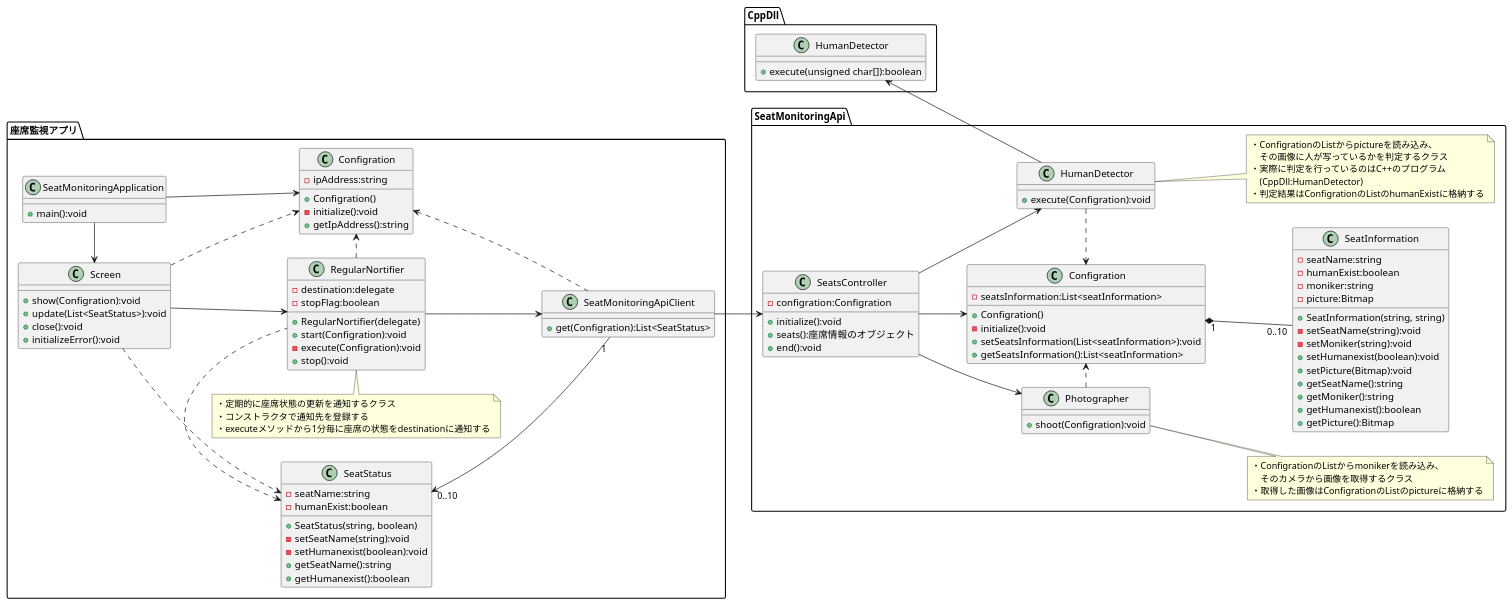
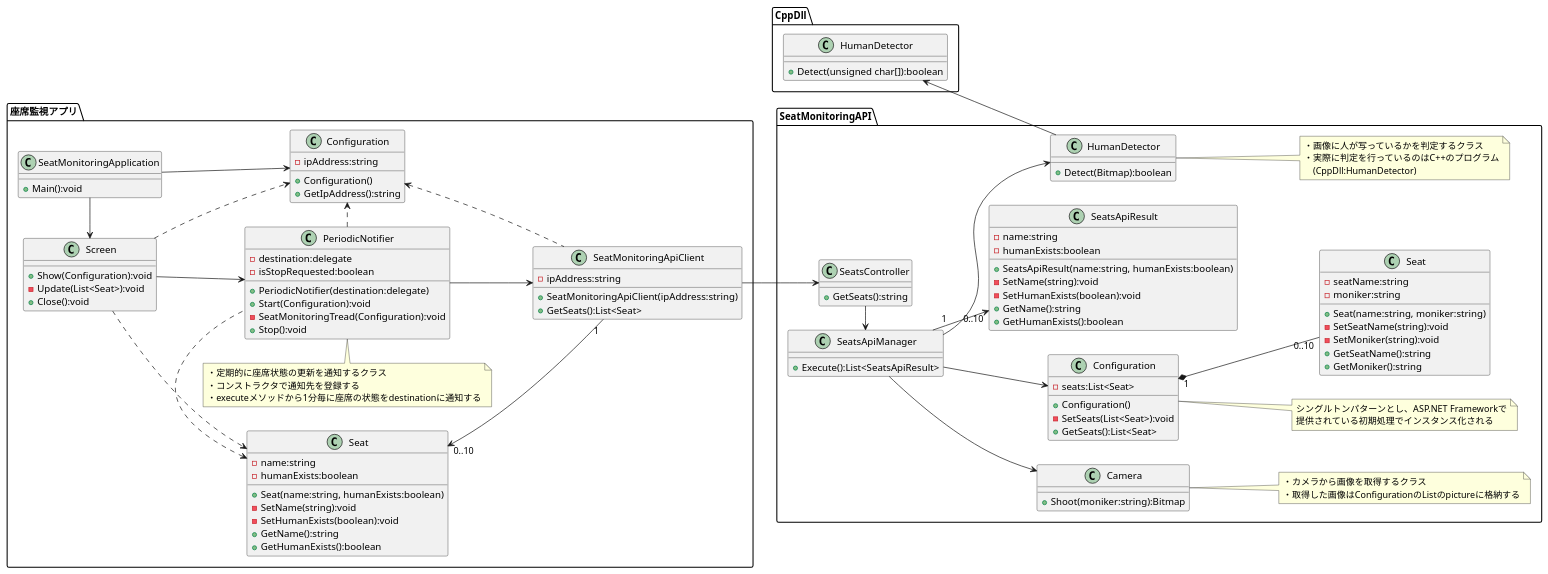
Before and after one commit to KeisukeSugita/Seat-monitoring-system: the diagram in doc/詳細設計/構成図(.pu)/クラス図.pu, drawn with PlantUML. The commit also changed 5 other files, not shown here.

```diff
--- a/doc/詳細設計/構成図(.pu)/クラス図.pu
+++ b/doc/詳細設計/構成図(.pu)/クラス図.pu
@@ -1,130 +1,137 @@
 @startuml クラス図
 left to right direction
 
 package 座席監視アプリ {
-    class "SeatMonitoringApplication" as SeatMonitoringApplication {
-        + main():void
+    class SeatMonitoringApplication {
+        + Main():void
     }
 
-    class "Configration" as ClientConfigration {
-		- ipAddress:string
-        + Configration()
-        - initialize():void
-        + getIpAddress():string
+    class "Configuration" as ClientConfiguration {
+		'hostnameとかendpointとか
+        - ipAddress:string 
+        + Configuration()
+        + GetIpAddress():string
     }
 
-	class "Screen" as Screen {
-        + show(Configration):void
-        + update(List<SeatStatus>):void
-		+ close():void
-        + initializeError():void
+	class Screen {
+        + Show(Configuration):void
+        - Update(List<Seat>):void
+		+ Close():void
     }
 
-    class "SeatMonitoringApiClient" as SeatMonitoringApiClient {
-        + get(Configration):List<SeatStatus>
+    class SeatMonitoringApiClient {
+        - ipAddress:string
+        + SeatMonitoringApiClient(ipAddress:string)
+        + GetSeats():List<Seat>
     }
 
-    class "RegularNortifier" as RegularNortifier {
+    class PeriodicNotifier {
         - destination:delegate
-        - stopFlag:boolean
-        + RegularNortifier(delegate)
-        + start(Configration):void
-        - execute(Configration):void
-        + stop():void
+        - isStopRequested:boolean
+        + PeriodicNotifier(destination:delegate)
+        + Start(Configuration):void
+        - SeatMonitoringTread(Configuration):void
+        + Stop():void
     }
-        note top of RegularNortifier
-            ・定期的に座席状態の更新を通知するクラス
-            ・コンストラクタで通知先を登録する
-            ・executeメソッドから1分毎に座席の状態をdestinationに通知する
-        end note
+    note top of PeriodicNotifier
+        ・定期的に座席状態の更新を通知するクラス
+        ・コンストラクタで通知先を登録する
+        ・executeメソッドから1分毎に座席の状態をdestinationに通知する
+    end note
 
-    class "SeatStatus" as SeatStatus {
-        - seatName:string
-        - humanExist:boolean
-        + SeatStatus(string, boolean)
-        - setSeatName(string):void
-        - setHumanexist(boolean):void
-        + getSeatName():string
-        + getHumanexist():boolean
+    class "Seat" as ClientSeat {
+        - name:string
+        - humanExists:boolean
+        + Seat(name:string, humanExists:boolean)
+        - SetName(string):void
+        - SetHumanExists(boolean):void
+        + GetName():string
+        + GetHumanExists():boolean
     }
 }
 
-package SeatMonitoringApi {
-    class "SeatsController" as SeatsController {
-        - configration:Configration
-        + initialize():void
-        + seats():座席情報のオブジェクト
-        + end():void
+package SeatMonitoringAPI {
+	class SeatsController {
+        + GetSeats():string
+    }
+
+    class SeatsApiManager {
+        + Execute():List<SeatsApiResult>
     }
     
-    class "Configration" as ServerConfigration {
-        - seatsInformation:List<seatInformation>
-        + Configration()
-        - initialize():void
-        + setSeatsInformation(List<seatInformation>):void
-        + getSeatsInformation():List<seatInformation>
+    class "Configuration" as ServerConfiguration {
+        - seats:List<Seat>
+        + Configuration()
+        - SetSeats(List<Seat>):void
+        + GetSeats():List<Seat>
+    }
+	note right of ServerConfiguration
+		シングルトンパターンとし、ASP.NET Frameworkで
+		提供されている初期処理でインスタンス化される
+	end note
+
+    'Cameraでよくない?
+    class Camera {
+        + Shoot(moniker:string):Bitmap
+    }
+    note right of Camera
+        ・カメラから画像を取得するクラス
+        ・取得した画像はConfigurationのListのpictureに格納する
+    end note
+    
+    class "HumanDetector" as CsHumanDetector {
+        + Detect(Bitmap):boolean
+    }
+    note right of CsHumanDetector
+        ・画像に人が写っているかを判定するクラス
+        ・実際に判定を行っているのはC++のプログラム
+        　(CppDll:HumanDetector)
+    end note
+
+    class "Seat" as ServerSeat {
+        - seatName:string
+        - moniker:string
+        + Seat(name:string, moniker:string)
+        - SetSeatName(string):void
+        - SetMoniker(string):void
+        + GetSeatName():string
+        + GetMoniker():string
     }
 
-    class "Photographer" as Photographer {
-        + shoot(Configration):void
+    class SeatsApiResult {
+        - name:string
+        - humanExists:boolean
+        + SeatsApiResult(name:string, humanExists:boolean)
+        - SetName(string):void
+        - SetHumanExists(boolean):void
+        + GetName():string
+        + GetHumanExists():boolean
     }
-        note right of Photographer
-            ・ConfigrationのListからmonikerを読み込み、
-            　そのカメラから画像を取得するクラス
-            ・取得した画像はConfigrationのListのpictureに格納する
-        end note
-    
-    class "SeatInformation" as SeatInformation {
-        - seatName:string
-        - humanExist:boolean
-        - moniker:string
-        - picture:Bitmap
-        + SeatInformation(string, string)
-        - setSeatName(string):void
-        - setMoniker(string):void
-        + setHumanexist(boolean):void
-        + setPicture(Bitmap):void
-        + getSeatName():string
-        + getMoniker():string
-        + getHumanexist():boolean
-        + getPicture():Bitmap
-    }
-    
-    class "HumanDetector" as CsHumanDetector {
-        + execute(Configration):void
-    }
-        note right of CsHumanDetector
-            ・ConfigrationのListからpictureを読み込み、
-            　その画像に人が写っているかを判定するクラス
-            ・実際に判定を行っているのはC++のプログラム
-            　(CppDll:HumanDetector)
-            ・判定結果はConfigrationのListのhumanExistに格納する
-        end note
 }
 
 package CppDll {
     class "HumanDetector" as CppHumanDetector {
-        + execute(unsigned char[]):boolean
+        + Detect(unsigned char[]):boolean
     }
 }
 
-SeatMonitoringApplication -> ClientConfigration
+SeatMonitoringApplication -> ClientConfiguration
 SeatMonitoringApplication -left-> Screen
-Screen -down-> RegularNortifier
-RegularNortifier -down-> SeatMonitoringApiClient
-RegularNortifier .> ClientConfigration
-RegularNortifier .left.> SeatStatus
-Screen .> SeatStatus
-Screen .> ClientConfigration
-SeatMonitoringApiClient .left.> ClientConfigration
-SeatMonitoringApiClient "1"-left->"0..10" SeatStatus
+Screen -down-> PeriodicNotifier
+PeriodicNotifier -down-> SeatMonitoringApiClient
+PeriodicNotifier .> ClientConfiguration
+PeriodicNotifier .left.> ClientSeat
+Screen .> ClientSeat
+Screen .> ClientConfiguration
+SeatMonitoringApiClient .left.> ClientConfiguration
+SeatMonitoringApiClient "1"-left->"0..10" ClientSeat
 SeatMonitoringApiClient -down-> SeatsController
-ServerConfigration "1"*-down-"0..10" SeatInformation
-SeatsController -> ServerConfigration
-SeatsController --> Photographer
-SeatsController --> CsHumanDetector
+SeatsController -left-> SeatsApiManager
+ServerConfiguration "1"*-down-"0..10" ServerSeat
+SeatsApiManager --> ServerConfiguration
+SeatsApiManager --> Camera
+SeatsApiManager --> CsHumanDetector
+SeatsApiManager "1"-->"0..10" SeatsApiResult
 CppHumanDetector <-- CsHumanDetector
-Photographer .> ServerConfigration
-CsHumanDetector .> ServerConfigration
 
 @enduml
```
